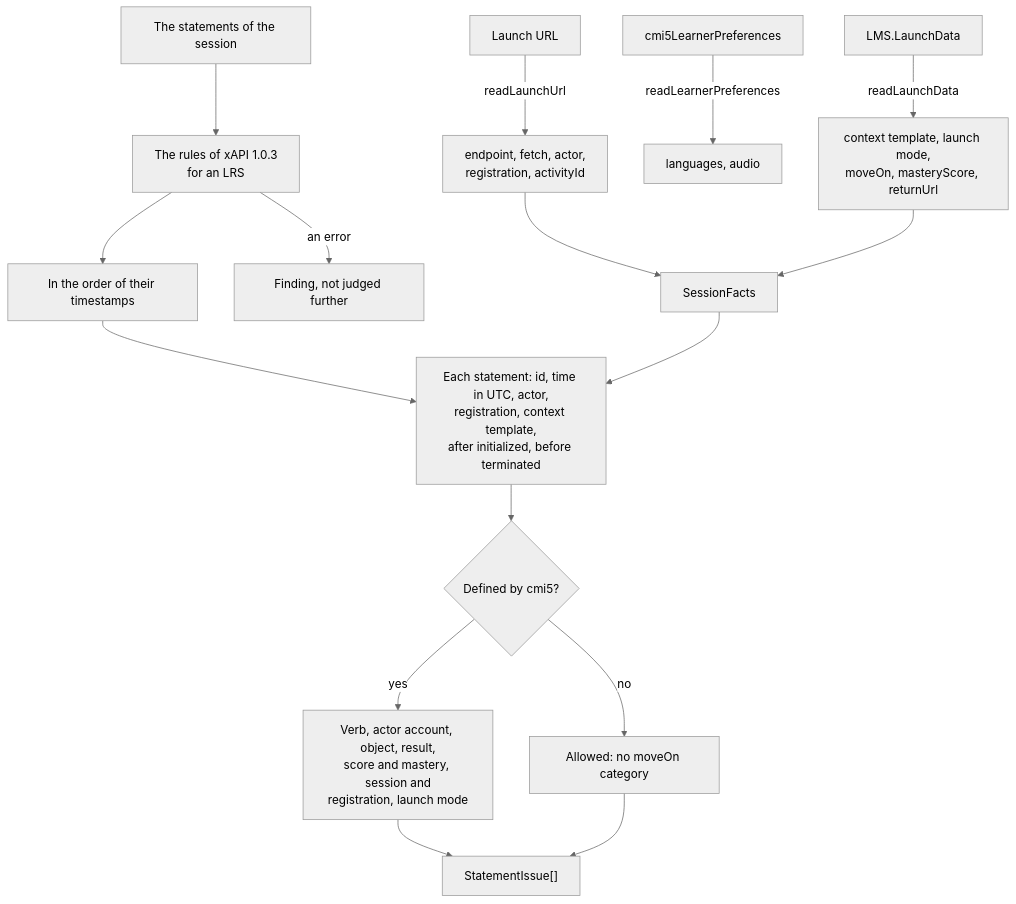
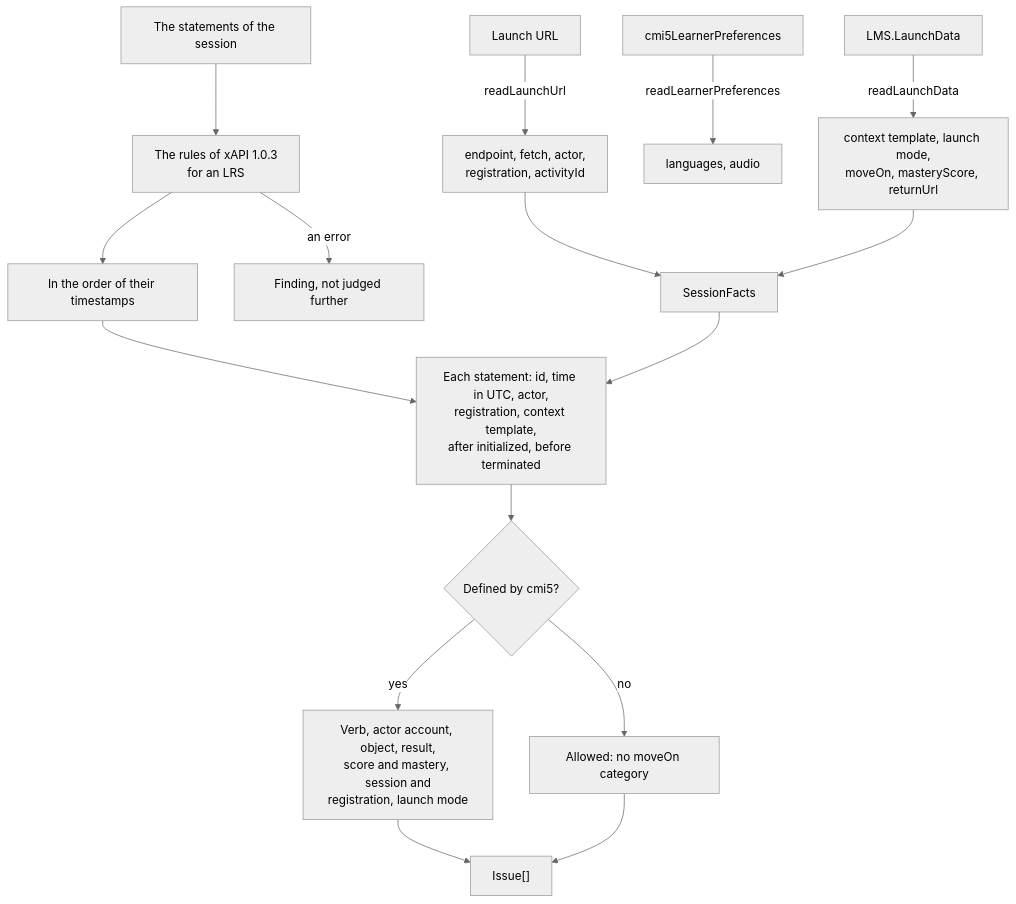
One commit to interopkit/interopkit changed the diagram in docs/course-launch/rules.md. Above: the diagram before and after it, drawn with Mermaid (neutral theme). The commit also changed other lines of this file and 140 other files, not shown here.

````diff
--- a/docs/course-launch/rules.md
+++ b/docs/course-launch/rules.md
@@ -9,18 +9,18 @@
 ```mermaid
 flowchart TD
   url["Launch URL"] -->|"readLaunchUrl"| params["endpoint, fetch, actor,<br/>registration, activityId"]
   state["LMS.LaunchData"] -->|"readLaunchData"| data["context template, launch mode,<br/>moveOn, masteryScore, returnUrl"]
   preferences["cmi5LearnerPreferences"] -->|"readLearnerPreferences"| languages["languages, audio"]
   params --> facts["SessionFacts"]
   data --> facts
   statements["The statements of the session"] --> xapi["The rules of xAPI 1.0.3<br/>for an LRS"]
   xapi -->|"an error"| finding["Finding, not judged further"]
   xapi --> order["In the order of their timestamps"]
   order --> each["Each statement: id, time in UTC, actor,<br/>registration, context template,<br/>after initialized, before terminated"]
   facts --> each
   each --> defined{"Defined by cmi5?"}
   defined -->|"yes"| verb["Verb, actor account, object, result,<br/>score and mastery, session and<br/>registration, launch mode"]
   defined -->|"no"| allowed["Allowed: no moveOn category"]
-  verb --> findings["StatementIssue[]"]
+  verb --> findings["Issue[]"]
   allowed --> findings
 ```
````
